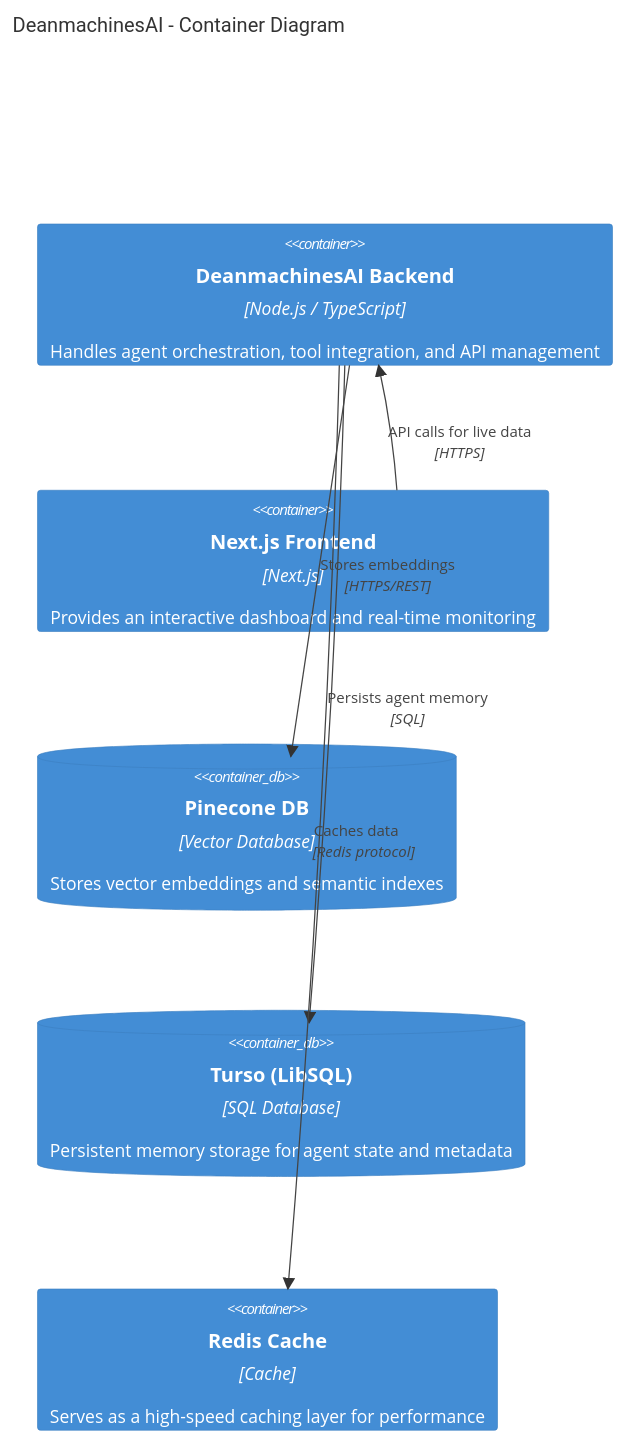
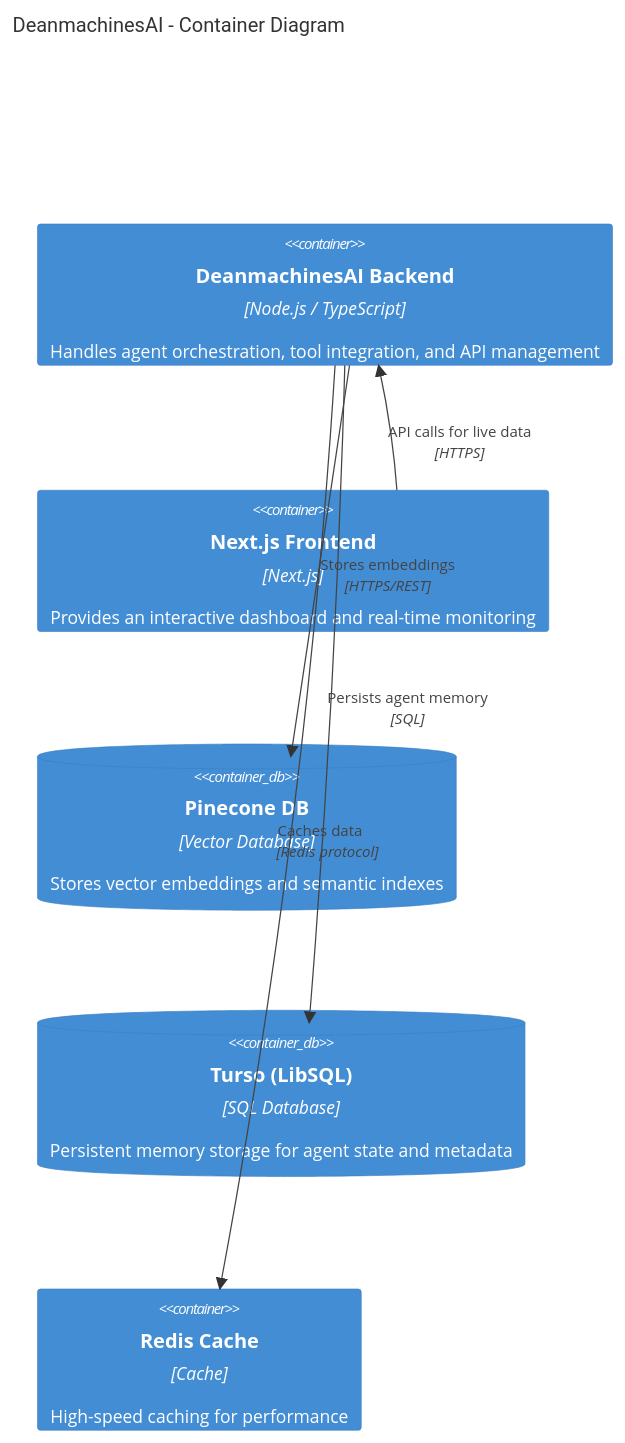
The second of 4 diagrams in README.md (ssdeanx/DeanmachinesAI), drawn with Mermaid before and after one commit. The commit also changed other lines of this file and 1 other file, not shown here.

````diff
--- a/README.md
+++ b/README.md
@@ -67,15 +65,15 @@
 ```mermaid
 C4Container
     title DeanmachinesAI - Container Diagram
 
     Container(deanam, "DeanmachinesAI Backend", "Node.js / TypeScript", "Handles agent orchestration, tool integration, and API management")
     Container(nextjs, "Next.js Frontend", "Next.js", "Provides an interactive dashboard and real-time monitoring")
     ContainerDb(pinecone, "Pinecone DB", "Vector Database", "Stores vector embeddings and semantic indexes")
     ContainerDb(turso, "Turso (LibSQL)", "SQL Database", "Persistent memory storage for agent state and metadata")
-    Container(redis, "Redis Cache", "Cache", "Serves as a high-speed caching layer for performance")
+    Container(redis, "Redis Cache", "Cache", "High-speed caching for performance")
 
     Rel(deanam, pinecone, "Stores embeddings", "HTTPS/REST")
     Rel(deanam, turso, "Persists agent memory", "SQL")
     Rel(deanam, redis, "Caches data", "Redis protocol")
     Rel(nextjs, deanam, "API calls for live data", "HTTPS")
 ```
````
